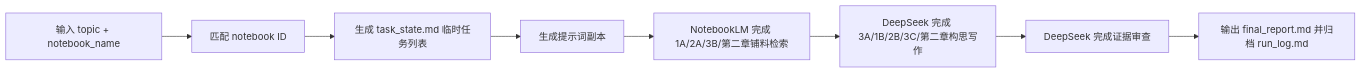
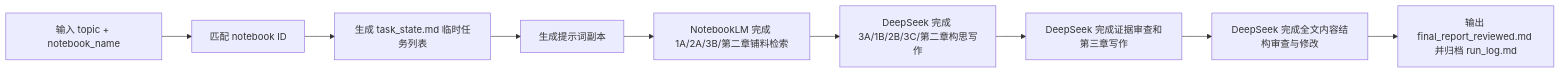
One commit to griifth/policy-writing-agent changed the second of 2 diagrams in example1/workflow/workflow_design.md. Above: the diagram before and after it, drawn with Mermaid. The commit also changed other lines of this file and 45 other files, not shown here.

````diff
--- a/example1/workflow/workflow_design.md
+++ b/example1/workflow/workflow_design.md
@@ -312,10 +330,11 @@
 ```mermaid
 flowchart LR
   A["输入 topic + notebook_name"] --> B["匹配 notebook ID"]
   B --> C["生成 task_state.md 临时任务列表"]
   C --> D["生成提示词副本"]
   D --> E["NotebookLM 完成 1A/2A/3B/第二章铺料检索"]
   E --> F["DeepSeek 完成 3A/1B/2B/3C/第二章构思写作"]
-  F --> G["DeepSeek 完成证据审查"]
-  G --> H["输出 final_report.md 并归档 run_log.md"]
+  F --> G["DeepSeek 完成证据审查和第三章写作"]
+  G --> H["DeepSeek 完成全文内容结构审查与修改"]
+  H --> I["输出 final_report_reviewed.md 并归档 run_log.md"]
 ```
````
